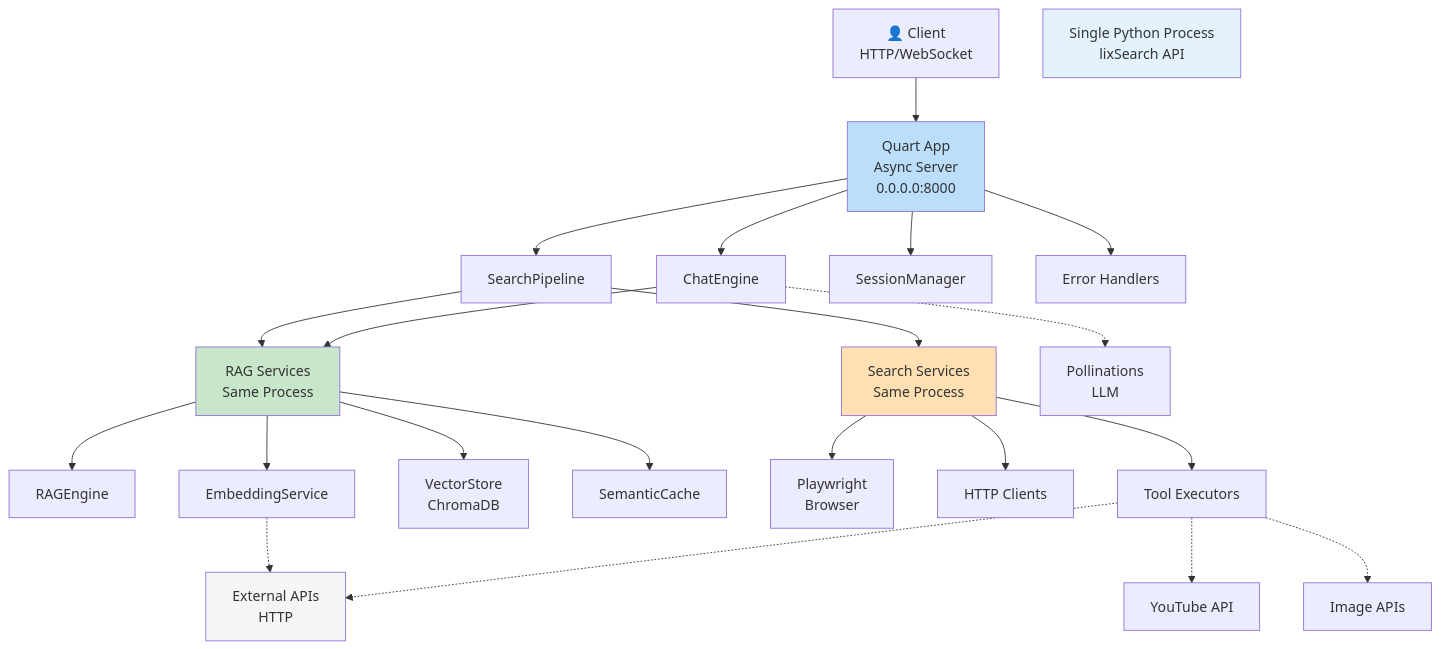
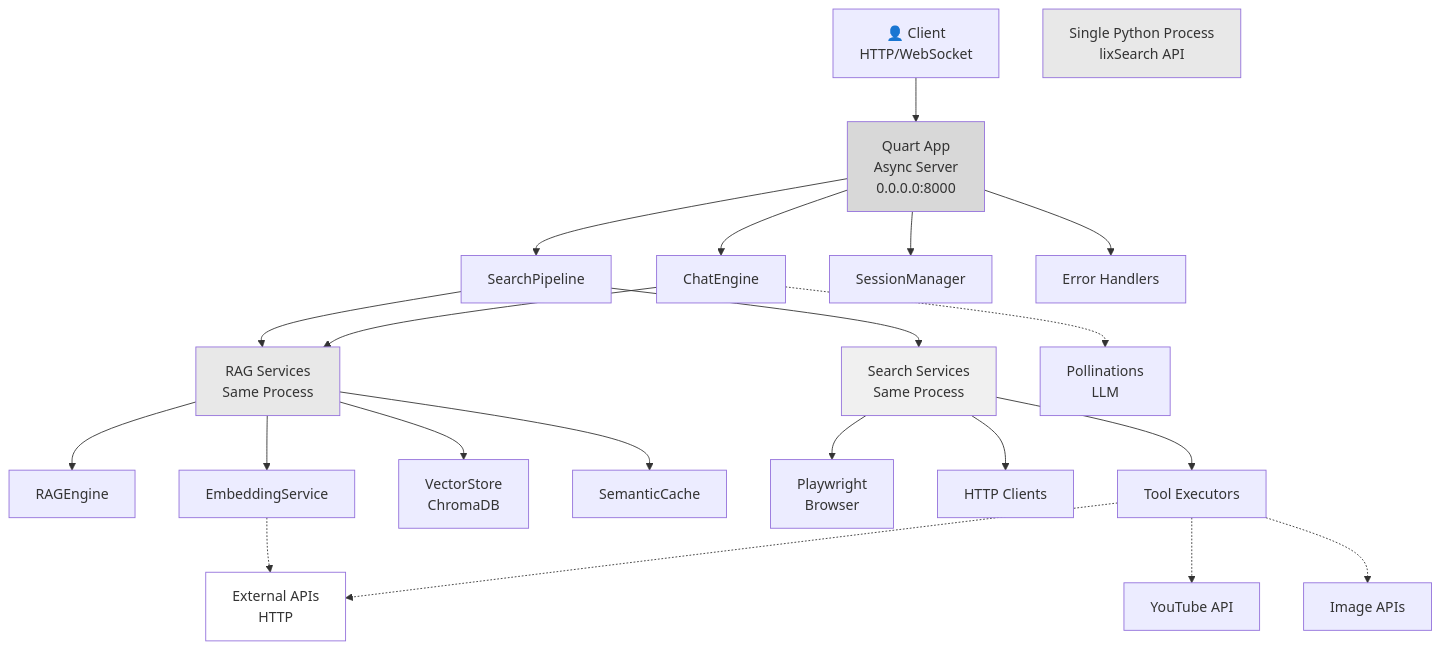
Before and after one commit to pollinations/lixSearch: diagram 15 of 17 in DOCS/FULL_ARCHITECTURE.md, drawn with Mermaid. The commit also changed other lines of this file, not shown here.

Commit message:
refactor: Update diagram styles for improved visual consistency in architecture documentation

````diff
--- a/DOCS/FULL_ARCHITECTURE.md
+++ b/DOCS/FULL_ARCHITECTURE.md
@@ -1409,60 +1409,60 @@
 ```mermaid
 graph TB
     Client["👤 Client<br/>HTTP/WebSocket"]
     
     Process["Single Python Process<br/>lixSearch API"]
     
     QuartApp["Quart App<br/>Async Server<br/>0.0.0.0:8000"]
     SearchPipe["SearchPipeline"]
     ChatEng["ChatEngine"]
     SessionMgr["SessionManager"]
     ErrorHandler["Error Handlers"]
     
     RAGServices["RAG Services<br/>Same Process"]
     RAGEngine["RAGEngine"]
     EmbedService["EmbeddingService"]
     VectorStore["VectorStore<br/>ChromaDB"]
     SemanticCache["SemanticCache"]
     
     SearchServices["Search Services<br/>Same Process"]
     Playwright["Playwright<br/>Browser"]
     HTTPClients["HTTP Clients"]
     ToolExec["Tool Executors"]
     
     ExternalAPIs["External APIs<br/>HTTP"]
     Pollinations["Pollinations<br/>LLM"]
     YouTubeAPI["YouTube API"]
     ImageAPIs["Image APIs"]
     
     Client --> QuartApp
     
     QuartApp --> SearchPipe
     QuartApp --> ChatEng
     QuartApp --> SessionMgr
     QuartApp --> ErrorHandler
     
     SearchPipe --> RAGServices
     ChatEng --> RAGServices
     
     RAGServices --> RAGEngine
     RAGServices --> EmbedService
     RAGServices --> VectorStore
     RAGServices --> SemanticCache
     
     SearchPipe --> SearchServices
     SearchServices --> Playwright
     SearchServices --> HTTPClients
     SearchServices --> ToolExec
     
     EmbedService -.-> ExternalAPIs
     ToolExec -.-> ExternalAPIs
     ChatEng -.-> Pollinations
     ToolExec -.-> YouTubeAPI
     ToolExec -.-> ImageAPIs
     
-    style Process fill:#E3F2FD
-    style QuartApp fill:#BBDEFB
-    style RAGServices fill:#C8E6C9
-    style SearchServices fill:#FFE0B2
-    style ExternalAPIs fill:#F5F5F5
+    style Process fill:#E8E8E8
+    style QuartApp fill:#D8D8D8
+    style RAGServices fill:#E8E8E8
+    style SearchServices fill:#F0F0F0
+    style ExternalAPIs fill:#FFFFFF
 ```
````
